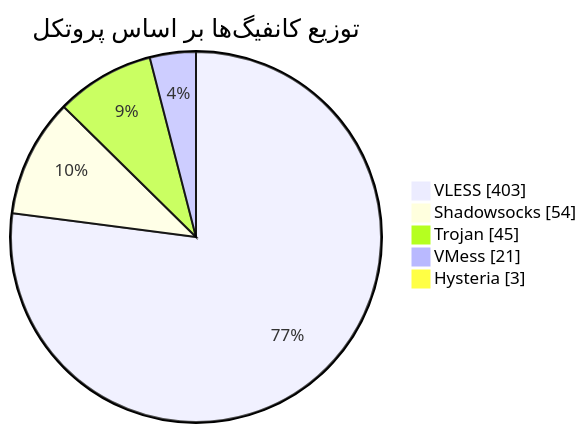
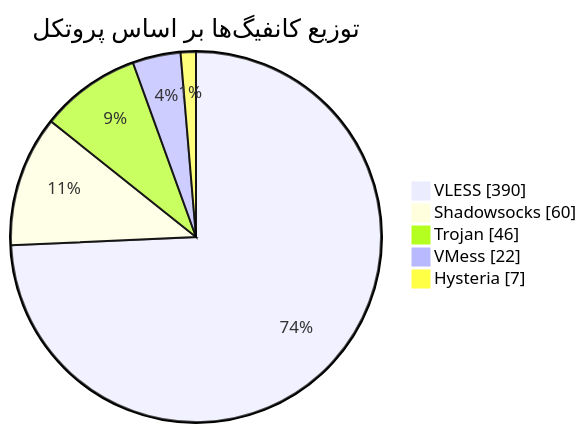
One commit to Arian-Alijani/Somthing changed the diagram in README.md. Above: the diagram before and after it, drawn with Mermaid. The commit also changed other lines of this file and 59 other files, not shown here.

````diff
--- a/README.md
+++ b/README.md
@@ -47,9 +47,9 @@
 ```mermaid
 pie showData
     title توزیع کانفیگ‌ها بر اساس پروتکل
-    "VLESS" : 403
-    "Shadowsocks" : 54
-    "Trojan" : 45
-    "VMess" : 21
-    "Hysteria" : 3
+    "VLESS" : 390
+    "Shadowsocks" : 60
+    "Trojan" : 46
+    "VMess" : 22
+    "Hysteria" : 7
 ```
````
